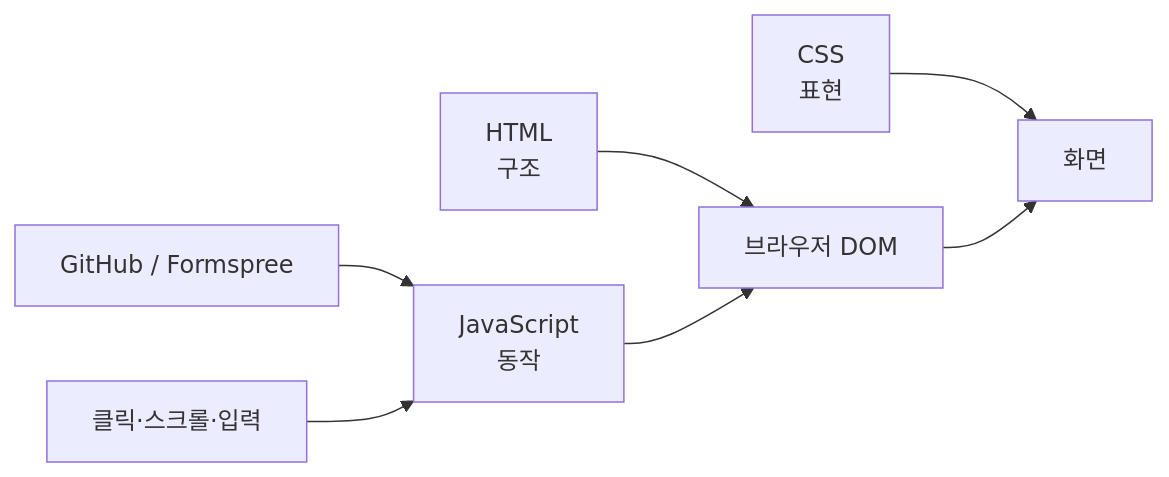
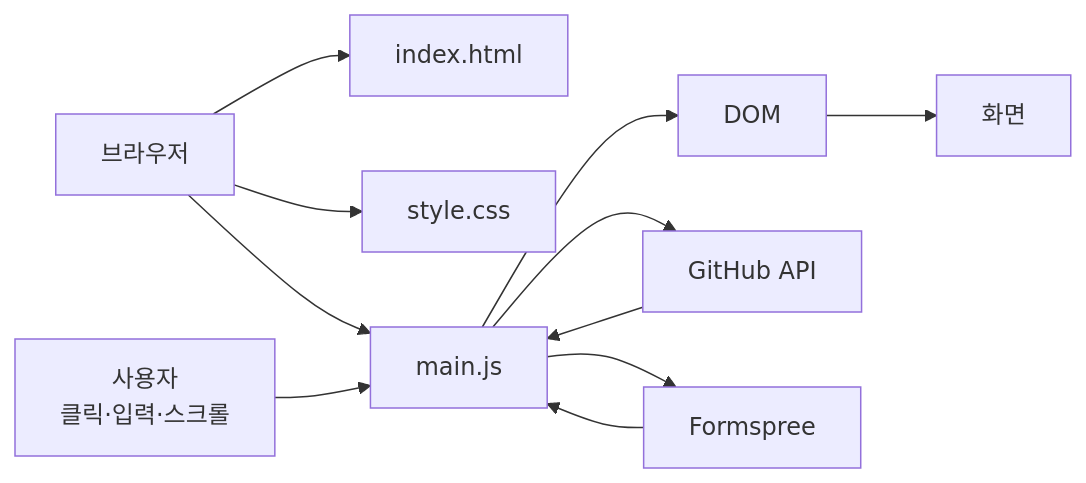
The diagram in report/00_START_HERE.md (seaweedsoup98/codyssey_B1-1), drawn with Mermaid before and after one commit. The commit also changed other lines of this file and 11 other files, not shown here.

````diff
--- a/report/00_START_HERE.md
+++ b/report/00_START_HERE.md
@@ -14,12 +7,14 @@
 ```mermaid
 flowchart LR
-    HTML["HTML
-구조"] --> DOM["브라우저 DOM"]
-    CSS["CSS
-표현"] --> Screen["화면"]
-    DOM --> Screen
-    JS["JavaScript
-동작"] --> DOM
-    API["GitHub / Formspree"] --> JS
-    User["클릭·스크롤·입력"] --> JS
+    Browser["브라우저"] --> HTML["index.html"]
+    Browser --> CSS["style.css"]
+    Browser --> JS["main.js"]
+    User["사용자
+클릭·입력·스크롤"] --> JS
+    JS --> DOM["DOM"]
+    DOM --> Screen["화면"]
+    JS --> GitHub["GitHub API"]
+    JS --> Formspree["Formspree"]
+    GitHub --> JS
+    Formspree --> JS
 ```
````
